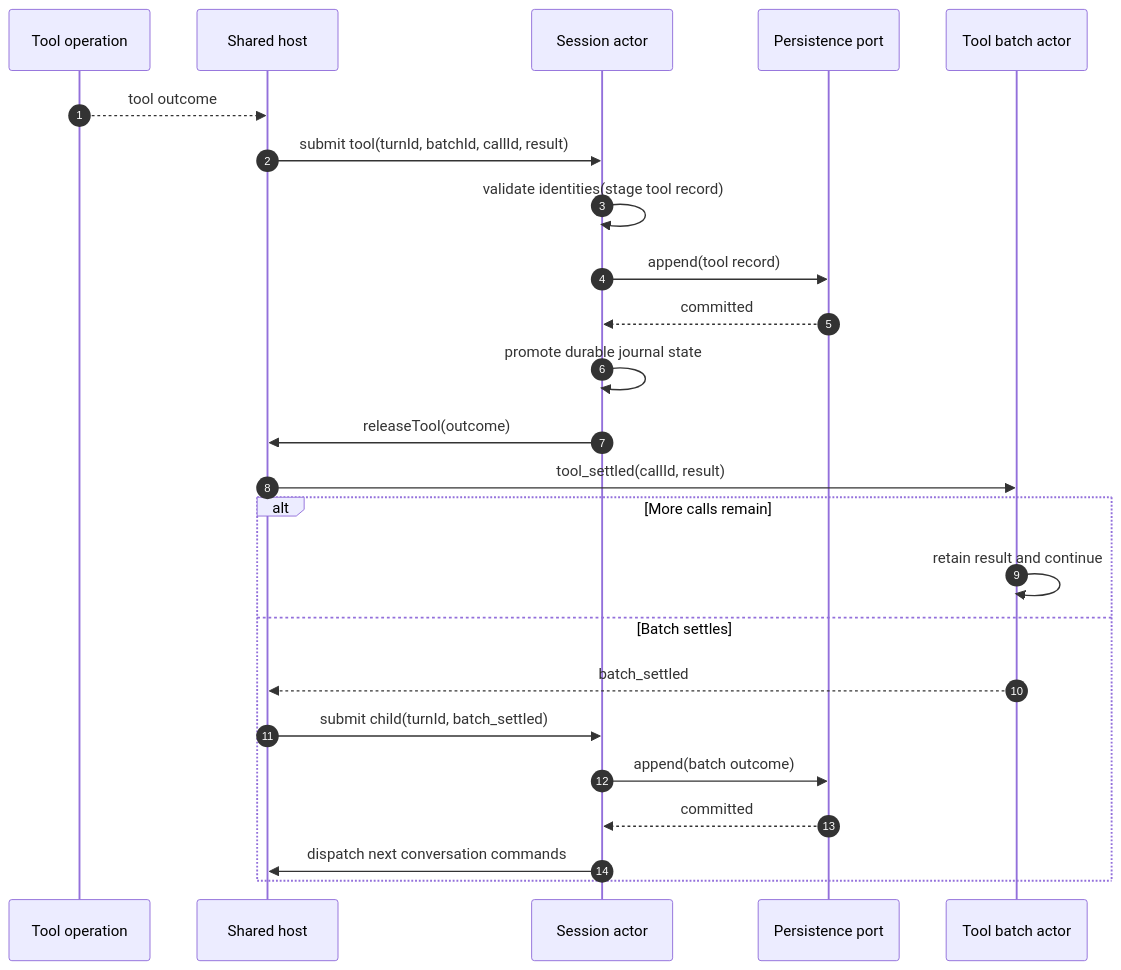
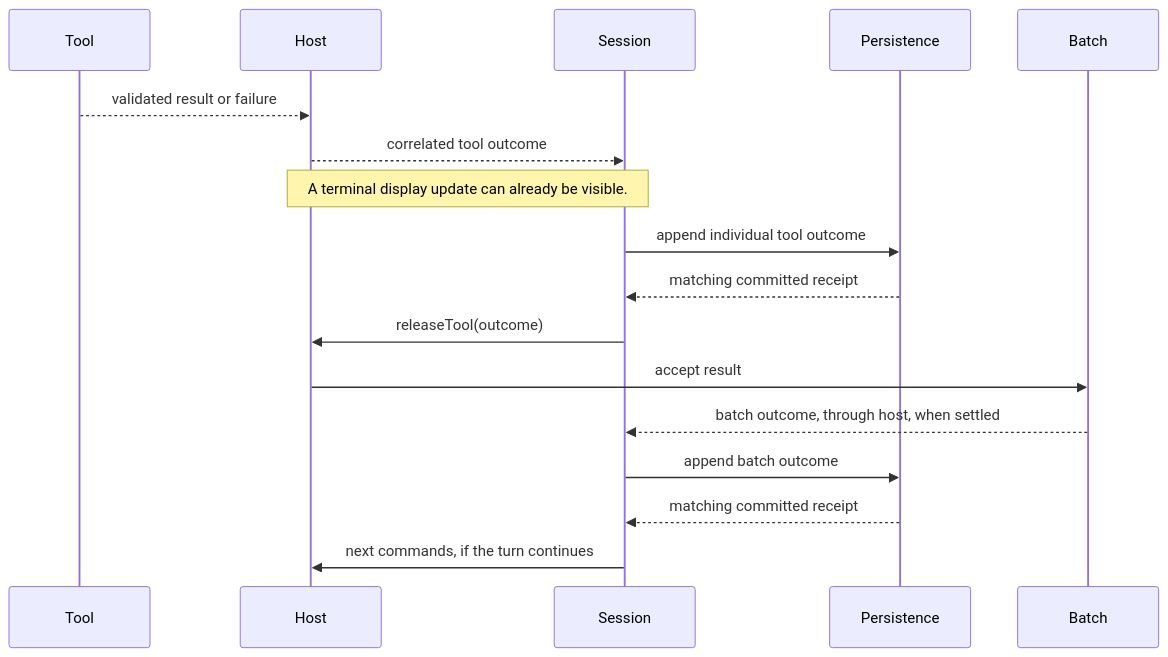
One commit to danbarua/labkit-agent changed the fourth of 8 diagrams in docs/session-runtime.md. Above: the diagram before and after it, drawn with Mermaid. The commit also changed other lines of this file and 70 other files, not shown here.

````diff
--- a/docs/session-runtime.md
+++ b/docs/session-runtime.md
@@ -138,28 +87,19 @@
 ```mermaid
 sequenceDiagram
-  autonumber
-  participant T as Tool operation
-  participant H as Shared host
-  participant S as Session actor
-  participant P as Persistence port
-  participant B as Tool batch actor
-
-  T-->>H: tool outcome
-  H->>S: submit tool(turnId, batchId, callId, result)
-  S->>S: validate identities(stage tool record)
-  S->>P: append(tool record)
-  P-->>S: committed
-  S->>S: promote durable journal state
+  participant T as Tool
+  participant H as Host
+  participant S as Session
+  participant P as Persistence
+  participant B as Batch
+  T-->>H: validated result or failure
+  H-->>S: correlated tool outcome
+  Note over H,S: A terminal display update can already be visible.
+  S->>P: append individual tool outcome
+  P-->>S: matching committed receipt
   S->>H: releaseTool(outcome)
-  H->>B: tool_settled(callId, result)
-
-  alt More calls remain
-    B->>B: retain result and continue
-  else Batch settles
-    B-->>H: batch_settled
-    H->>S: submit child(turnId, batch_settled)
-    S->>P: append(batch outcome)
-    P-->>S: committed
-    S->>H: dispatch next conversation commands
-  end
+  H->>B: accept result
+  B-->>S: batch outcome, through host, when settled
+  S->>P: append batch outcome
+  P-->>S: matching committed receipt
+  S->>H: next commands, if the turn continues
 ```
````
